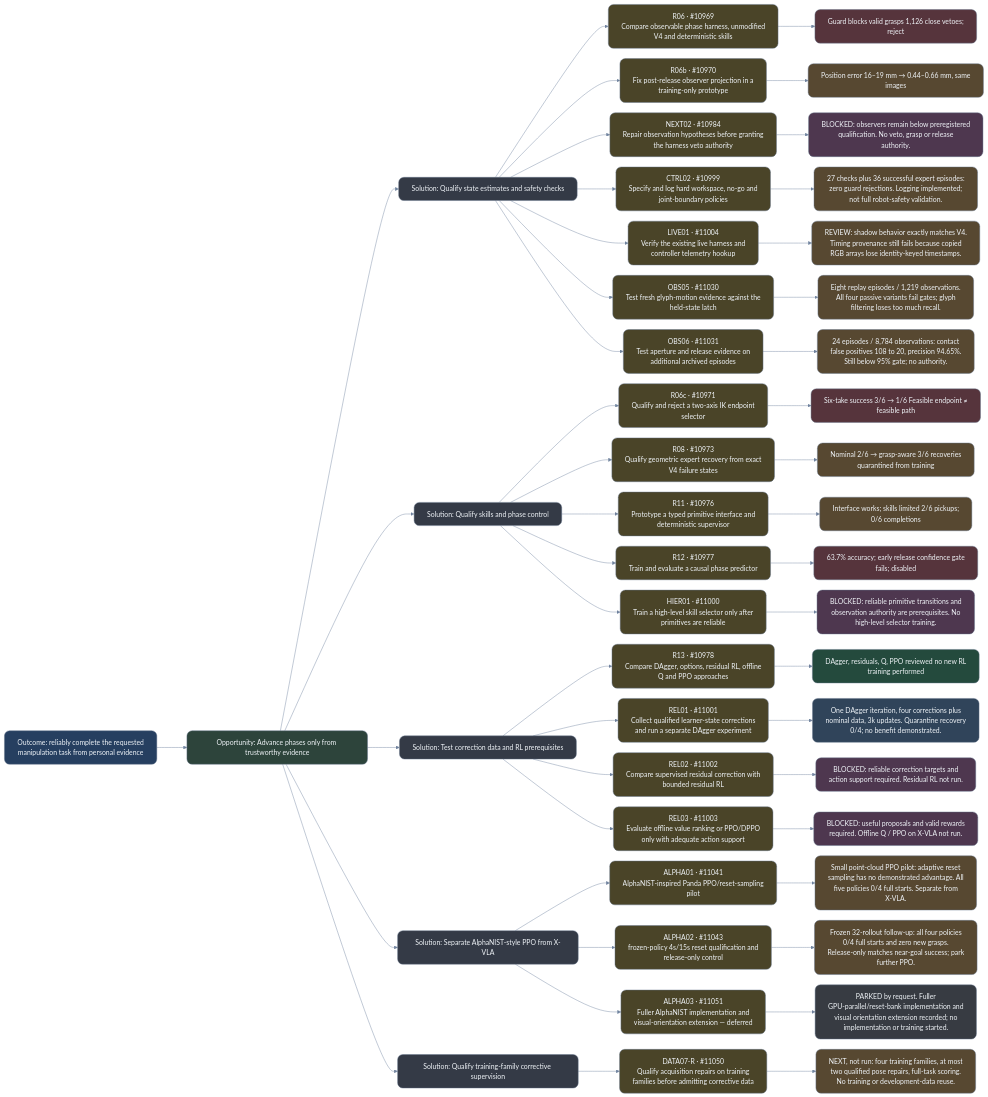
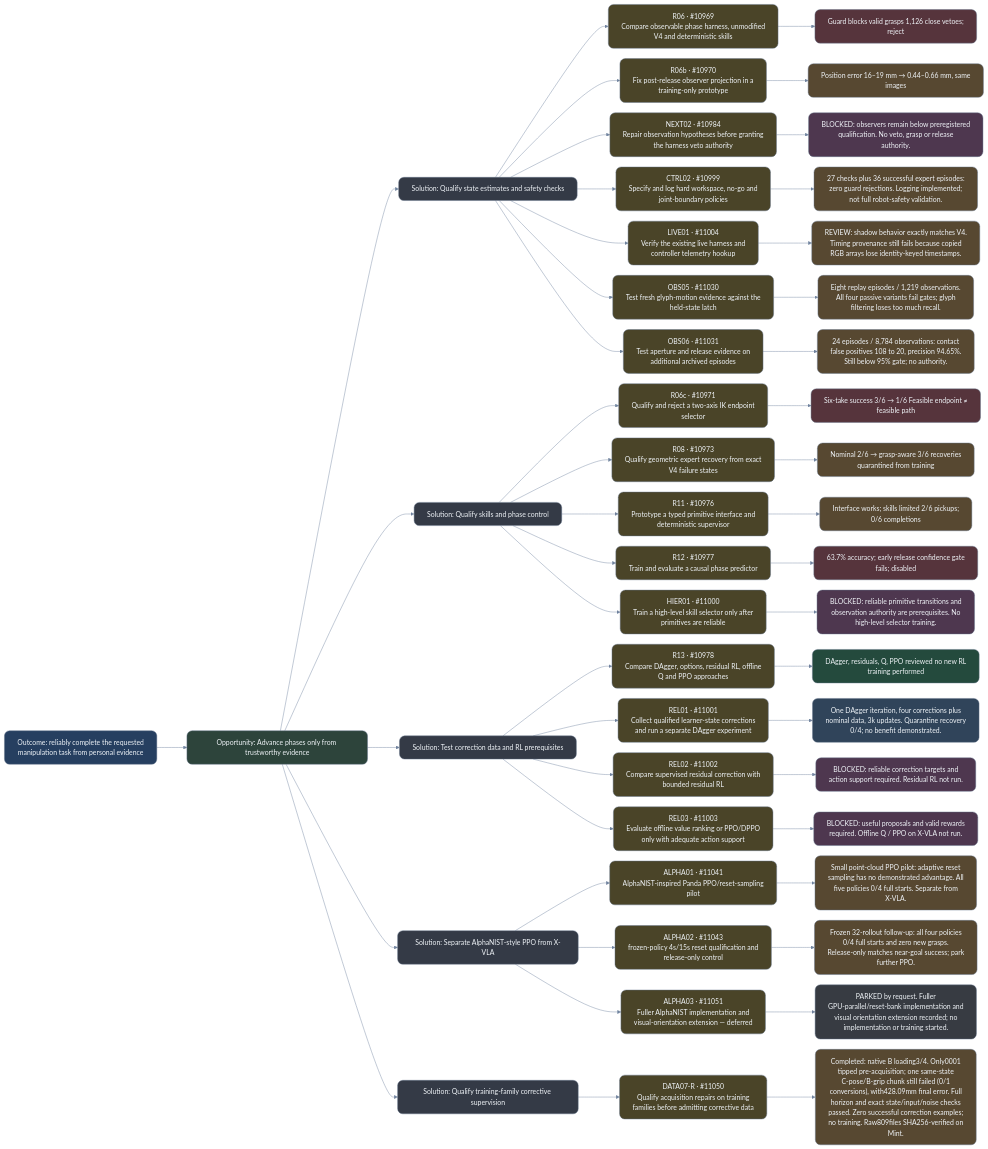
Before and after one commit to NatMota/typhon-robotics: the diagram in experiment-history/2026-10-14-ost/recovery.mmd, drawn with Mermaid. The commit also changed 19 other files, not shown here.

Commit message:
Record negative DATA07-R full-task repair and recovered Mint mirrors

```diff
--- a/experiment-history/2026-10-14-ost/recovery.mmd
+++ b/experiment-history/2026-10-14-ost/recovery.mmd
@@ -1,125 +1,125 @@
 %%{init: {"theme": "base", "securityLevel": "loose", "fontFamily": "Arial, sans-serif", "fontSize": 18, "markdownAutoWrap": false, "flowchart": {"htmlLabels": false, "curve": "basis", "nodeSpacing": 24, "rankSpacing": 70, "wrappingWidth": 360}, "themeVariables": {"primaryTextColor": "#edf2f7", "lineColor": "#71849f", "background": "#0b1220"}}}%%
 flowchart LR
 OUT["Outcome: reliably complete the requested<br/>manipulation task from personal evidence"]:::outcome
 O_recovery["Opportunity: Advance phases only from trustworthy evidence"]:::opportunity
 OUT --> O_recovery
 O_recovery_S0["Solution: Qualify state estimates and safety checks"]:::solution
 O_recovery --> O_recovery_S0
 T10969["R06 · #10969<br/>Compare observable phase harness, unmodified<br/>V4 and deterministic skills"]:::experiment
 O_recovery_S0 --> T10969
 R10969["Guard blocks valid grasps 1,126 close vetoes;<br/>reject"]:::negative
 T10969 --> R10969
 click T10969 "http://127.0.0.1:4001/?project=typhon-research#ticket=10969" "Open research ticket" _blank
 T10970["R06b · #10970<br/>Fix post-release observer projection in a<br/>training-only prototype"]:::experiment
 O_recovery_S0 --> T10970
 R10970["Position error 16–19 mm → 0.44–0.66 mm, same<br/>images"]:::mixed
 T10970 --> R10970
 click T10970 "http://127.0.0.1:4001/?project=typhon-research#ticket=10970" "Open research ticket" _blank
 T10984["NEXT02 · #10984<br/>Repair observation hypotheses before granting<br/>the harness veto authority"]:::experiment
 O_recovery_S0 --> T10984
 R10984["BLOCKED: observers remain below preregistered<br/>qualification. No veto, grasp or release<br/>authority."]:::blocked
 T10984 --> R10984
 click T10984 "http://127.0.0.1:4001/?project=typhon-research#ticket=10984" "Open research ticket" _blank
 T10999["CTRL02 · #10999<br/>Specify and log hard workspace, no-go and<br/>joint-boundary policies"]:::experiment
 O_recovery_S0 --> T10999
 R10999["27 checks plus 36 successful expert episodes:<br/>zero guard rejections. Logging implemented;<br/>not full robot-safety validation."]:::mixed
 T10999 --> R10999
 click T10999 "http://127.0.0.1:4001/?project=typhon-research#ticket=10999" "Open research ticket" _blank
 T11004["LIVE01 · #11004<br/>Verify the existing live harness and<br/>controller telemetry hookup"]:::experiment
 O_recovery_S0 --> T11004
 R11004["REVIEW: shadow behavior exactly matches V4.<br/>Timing provenance still fails because copied<br/>RGB arrays lose identity-keyed timestamps."]:::mixed
 T11004 --> R11004
 click T11004 "http://127.0.0.1:4001/?project=typhon-research#ticket=11004" "Open research ticket" _blank
 T11030["OBS05 · #11030<br/>Test fresh glyph-motion evidence against the<br/>held-state latch"]:::experiment
 O_recovery_S0 --> T11030
 R11030["Eight replay episodes / 1,219 observations.<br/>All four passive variants fail gates; glyph<br/>filtering loses too much recall."]:::mixed
 T11030 --> R11030
 click T11030 "http://127.0.0.1:4001/?project=typhon-research#ticket=11030" "Open research ticket" _blank
 T11031["OBS06 · #11031<br/>Test aperture and release evidence on<br/>additional archived episodes"]:::experiment
 O_recovery_S0 --> T11031
 R11031["24 episodes / 8,784 observations: contact<br/>false positives 108 to 20, precision 94.65%.<br/>Still below 95% gate; no authority."]:::mixed
 T11031 --> R11031
 click T11031 "http://127.0.0.1:4001/?project=typhon-research#ticket=11031" "Open research ticket" _blank
 O_recovery_S1["Solution: Qualify skills and phase control"]:::solution
 O_recovery --> O_recovery_S1
 T10971["R06c · #10971<br/>Qualify and reject a two-axis IK endpoint<br/>selector"]:::experiment
 O_recovery_S1 --> T10971
 R10971["Six-take success 3/6 → 1/6 Feasible endpoint ≠<br/>feasible path"]:::negative
 T10971 --> R10971
 click T10971 "http://127.0.0.1:4001/?project=typhon-research#ticket=10971" "Open research ticket" _blank
 T10973["R08 · #10973<br/>Qualify geometric expert recovery from exact<br/>V4 failure states"]:::experiment
 O_recovery_S1 --> T10973
 R10973["Nominal 2/6 → grasp-aware 3/6 recoveries<br/>quarantined from training"]:::mixed
 T10973 --> R10973
 click T10973 "http://127.0.0.1:4001/?project=typhon-research#ticket=10973" "Open research ticket" _blank
 T10976["R11 · #10976<br/>Prototype a typed primitive interface and<br/>deterministic supervisor"]:::experiment
 O_recovery_S1 --> T10976
 R10976["Interface works; skills limited 2/6 pickups;<br/>0/6 completions"]:::mixed
 T10976 --> R10976
 click T10976 "http://127.0.0.1:4001/?project=typhon-research#ticket=10976" "Open research ticket" _blank
 T10977["R12 · #10977<br/>Train and evaluate a causal phase predictor"]:::experiment
 O_recovery_S1 --> T10977
 R10977["63.7% accuracy; early release confidence gate<br/>fails; disabled"]:::negative
 T10977 --> R10977
 click T10977 "http://127.0.0.1:4001/?project=typhon-research#ticket=10977" "Open research ticket" _blank
 T11000["HIER01 · #11000<br/>Train a high-level skill selector only after<br/>primitives are reliable"]:::experiment
 O_recovery_S1 --> T11000
 R11000["BLOCKED: reliable primitive transitions and<br/>observation authority are prerequisites. No<br/>high-level selector training."]:::blocked
 T11000 --> R11000
 click T11000 "http://127.0.0.1:4001/?project=typhon-research#ticket=11000" "Open research ticket" _blank
 O_recovery_S2["Solution: Test correction data and RL prerequisites"]:::solution
 O_recovery --> O_recovery_S2
 T10978["R13 · #10978<br/>Compare DAgger, options, residual RL, offline<br/>Q and PPO approaches"]:::experiment
 O_recovery_S2 --> T10978
 R10978["DAgger, residuals, Q, PPO reviewed no new RL<br/>training performed"]:::evidence
 T10978 --> R10978
 click T10978 "http://127.0.0.1:4001/?project=typhon-research#ticket=10978" "Open research ticket" _blank
 T11001["REL01 · #11001<br/>Collect qualified learner-state corrections<br/>and run a separate DAgger experiment"]:::experiment
 O_recovery_S2 --> T11001
 R11001["One DAgger iteration, four corrections plus<br/>nominal data, 3k updates. Quarantine recovery<br/>0/4; no benefit demonstrated."]:::pending
 T11001 --> R11001
 click T11001 "http://127.0.0.1:4001/?project=typhon-research#ticket=11001" "Open research ticket" _blank
 T11002["REL02 · #11002<br/>Compare supervised residual correction with<br/>bounded residual RL"]:::experiment
 O_recovery_S2 --> T11002
 R11002["BLOCKED: reliable correction targets and<br/>action support required. Residual RL not run."]:::blocked
 T11002 --> R11002
 click T11002 "http://127.0.0.1:4001/?project=typhon-research#ticket=11002" "Open research ticket" _blank
 T11003["REL03 · #11003<br/>Evaluate offline value ranking or PPO/DPPO<br/>only with adequate action support"]:::experiment
 O_recovery_S2 --> T11003
 R11003["BLOCKED: useful proposals and valid rewards<br/>required. Offline Q / PPO on X-VLA not run."]:::blocked
 T11003 --> R11003
 click T11003 "http://127.0.0.1:4001/?project=typhon-research#ticket=11003" "Open research ticket" _blank
 O_recovery_S3["Solution: Separate AlphaNIST-style PPO from X-VLA"]:::solution
 O_recovery --> O_recovery_S3
 T11041["ALPHA01 · #11041<br/>AlphaNIST-inspired Panda PPO/reset-sampling<br/>pilot"]:::experiment
 O_recovery_S3 --> T11041
 R11041["Small point-cloud PPO pilot: adaptive reset<br/>sampling has no demonstrated advantage. All<br/>five policies 0/4 full starts. Separate from<br/>X-VLA."]:::mixed
 T11041 --> R11041
 click T11041 "http://127.0.0.1:4001/?project=typhon-research#ticket=11041" "Open research ticket" _blank
 T11043["ALPHA02 · #11043<br/>frozen-policy 4s/15s reset qualification and<br/>release-only control"]:::experiment
 O_recovery_S3 --> T11043
 R11043["Frozen 32-rollout follow-up: all four policies<br/>0/4 full starts and zero new grasps.<br/>Release-only matches near-goal success; park<br/>further PPO."]:::mixed
 T11043 --> R11043
 click T11043 "http://127.0.0.1:4001/?project=typhon-research#ticket=11043" "Open research ticket" _blank
 T11051["ALPHA03 · #11051<br/>Fuller AlphaNIST implementation and<br/>visual-orientation extension — deferred"]:::experiment
 O_recovery_S3 --> T11051
 R11051["PARKED by request. Fuller<br/>GPU-parallel/reset-bank implementation and<br/>visual orientation extension recorded; no<br/>implementation or training started."]:::parked
 T11051 --> R11051
 click T11051 "http://127.0.0.1:4001/?project=typhon-research#ticket=11051" "Open research ticket" _blank
 O_recovery_S4["Solution: Qualify training-family corrective supervision"]:::solution
 O_recovery --> O_recovery_S4
 T11050["DATA07-R · #11050<br/>Qualify acquisition repairs on training<br/>families before admitting corrective data"]:::experiment
 O_recovery_S4 --> T11050
-R11050["NEXT, not run: four training families, at most<br/>two qualified pose repairs, full-task scoring.<br/>No training or development-data reuse."]:::mixed
+R11050["Completed: native B loading3/4. Only0001<br/>tipped pre-acquisition; one same-state<br/>C-pose/B-grip chunk still failed (0/1<br/>conversions), with428.09mm final error. Full<br/>horizon and exact state/input/noise checks<br/>passed. Zero successful correction examples;<br/>no training. Raw809files SHA256-verified on<br/>Mint."]:::mixed
 T11050 --> R11050
 click T11050 "http://127.0.0.1:4001/?project=typhon-research#ticket=11050" "Open research ticket" _blank
 classDef outcome fill:#263f60,stroke:#64748b,color:#f1f5f9,rx:12,ry:12;
 classDef opportunity fill:#2d443b,stroke:#64748b,color:#f1f5f9,rx:12,ry:12;
 classDef solution fill:#343a46,stroke:#64748b,color:#f1f5f9,rx:12,ry:12;
 classDef experiment fill:#4a4428,stroke:#64748b,color:#f1f5f9,rx:12,ry:12;
 classDef evidence fill:#244a3d,stroke:#64748b,color:#f1f5f9,rx:12,ry:12;
 classDef mixed fill:#574831,stroke:#64748b,color:#f1f5f9,rx:12,ry:12;
 classDef negative fill:#56343c,stroke:#64748b,color:#f1f5f9,rx:12,ry:12;
 classDef pending fill:#30445a,stroke:#64748b,color:#f1f5f9,rx:12,ry:12;
 classDef blocked fill:#4e374f,stroke:#64748b,color:#f1f5f9,rx:12,ry:12;
 classDef parked fill:#373b42,stroke:#64748b,color:#f1f5f9,rx:12,ry:12;
```
